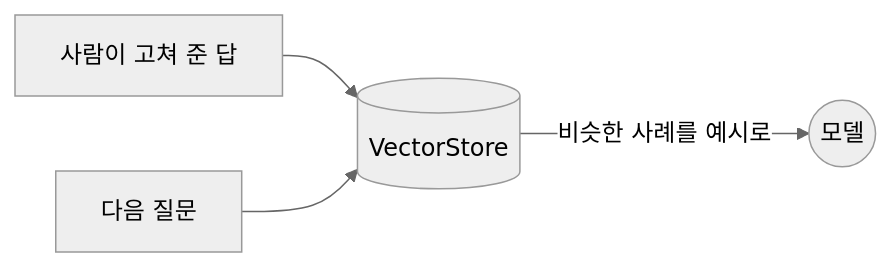
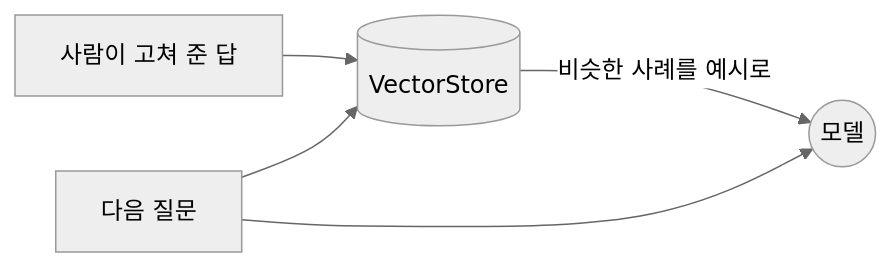
One commit to devjune/ai-study changed the tenth of 22 diagrams in docs/phase2/Spring AI로 구현하는 에이전틱 패턴.md. Above: the diagram before and after it, drawn with Mermaid (neutral theme). The commit also changed other lines of this file, not shown here.

````diff
--- a/docs/phase2/Spring AI로 구현하는 에이전틱 패턴.md
+++ b/docs/phase2/Spring AI로 구현하는 에이전틱 패턴.md
@@ -359,6 +381,7 @@
 ```mermaid
 flowchart LR
     A[사람이 고쳐 준 답] --> S[(VectorStore)]
     Q[다음 질문] --> S
-    S -->|비슷한 사례를 예시로| M((모델))
+    Q --> M((모델))
+    S -->|비슷한 사례를 예시로| M
 ```
````
